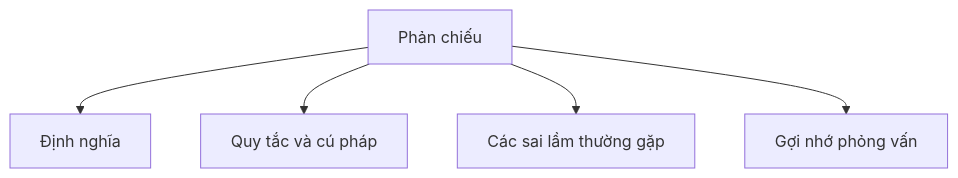
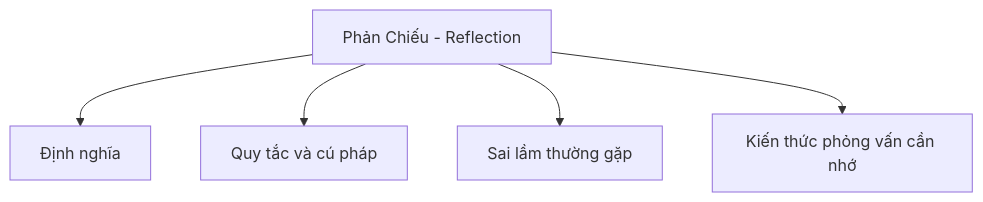
Before and after one commit to PhuThien2005/theoretical-of-java-core: the diagram in vi/31-reflection/README.md, drawn with Mermaid. The commit also changed other lines of this file and 229 other files, not shown here.

````diff
--- a/vi/31-reflection/README.md
+++ b/vi/31-reflection/README.md
@@ -43,7 +43,7 @@
 ```mermaid
 flowchart TD
-    A[Phản chiếu] --> B[Định nghĩa]
+    A[Phản Chiếu - Reflection] --> B[Định nghĩa]
     A --> C[Quy tắc và cú pháp]
-    A --> D[Các sai lầm thường gặp]
-    A --> E[Gợi nhớ phỏng vấn]
+    A --> D[Sai lầm thường gặp]
+    A --> E[Kiến thức phỏng vấn cần nhớ]
 ```
````
